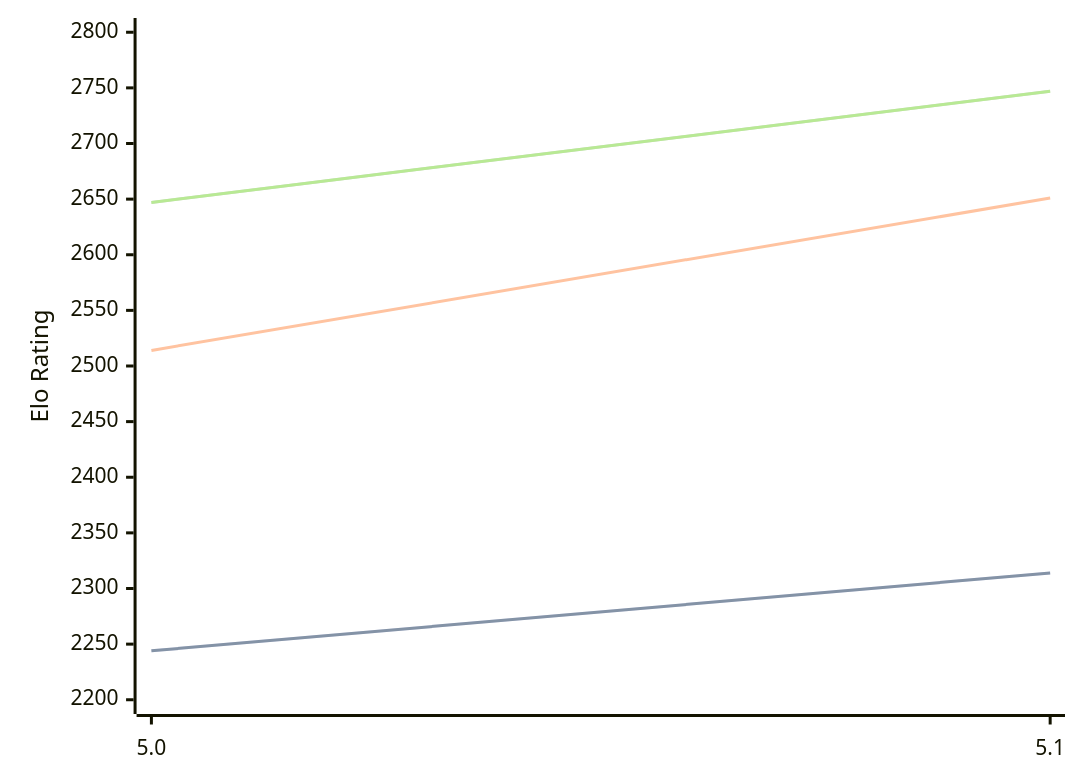
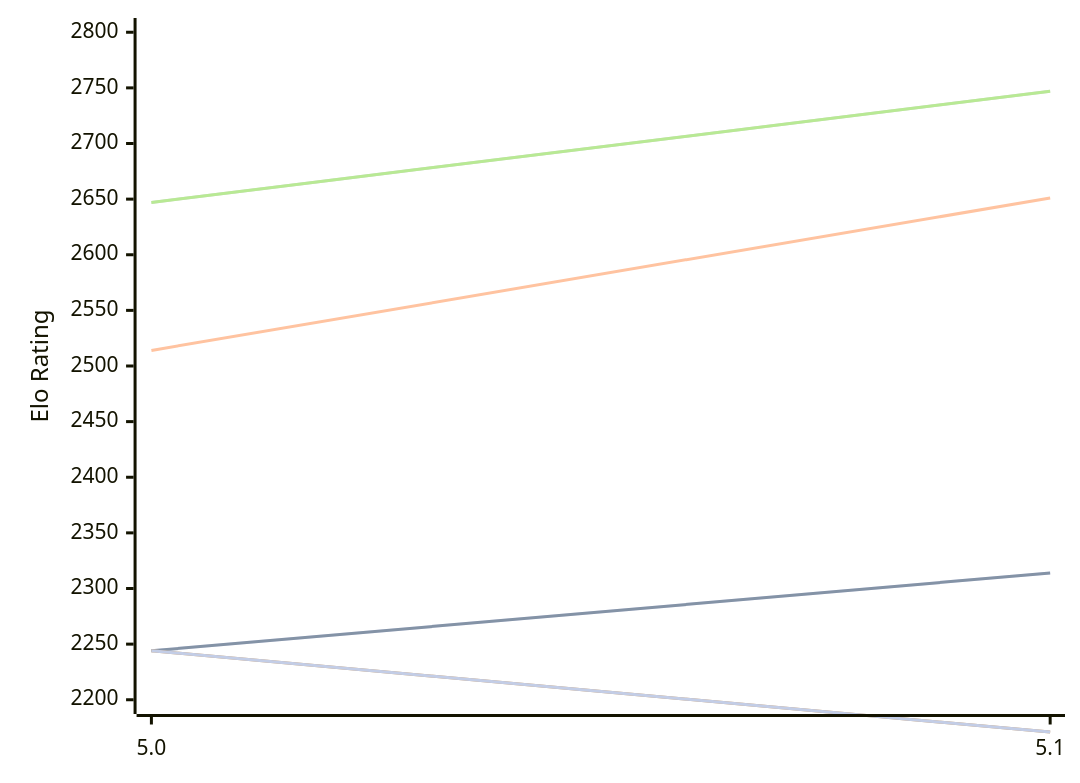
Before and after one commit to computer-chess-index/cci: the diagram in engines/Dorky.md, drawn with Mermaid. The commit also changed other lines of this file, not shown here.

Commit message:
Update CCI Ratings (ELO VLTC) - 2026-10-11

````diff
--- a/engines/Dorky.md
+++ b/engines/Dorky.md
@@ -48,16 +48,13 @@
 ```mermaid
 %%{init: {"theme":"base","themeVariables":{"seriesColors:['#a3a3a3','#222221','#faa371']}}}%%
 xychart-beta
   x-axis ["5.0", "5.1"]
   y-axis "Elo Rating" 2200 --> 2800
   line "" [2244, 2314]
   line "T1: STC (8.0+0.08s)" [2244, 2314]
   line "T1: LTC (60.0+0.60s)" [2514, 2651]
   line "" [2647, 2747]
   line "T1: VLTC (2m24s+1.12s)" [2647, 2747]
-  line "" [2163]
-  line "E1: STC (8.0+0.08s)" [2163]
-  line "E1: LTC (60.0+0.60s)" [2577]
-  line "" [2682]
-  line "E1: VLTC (2m24s+1.12s)" [2682]
+  line "" [2244,2171]
+  line "E1: STC (8.0+0.08s)" [2244,2171]
 ```
````
